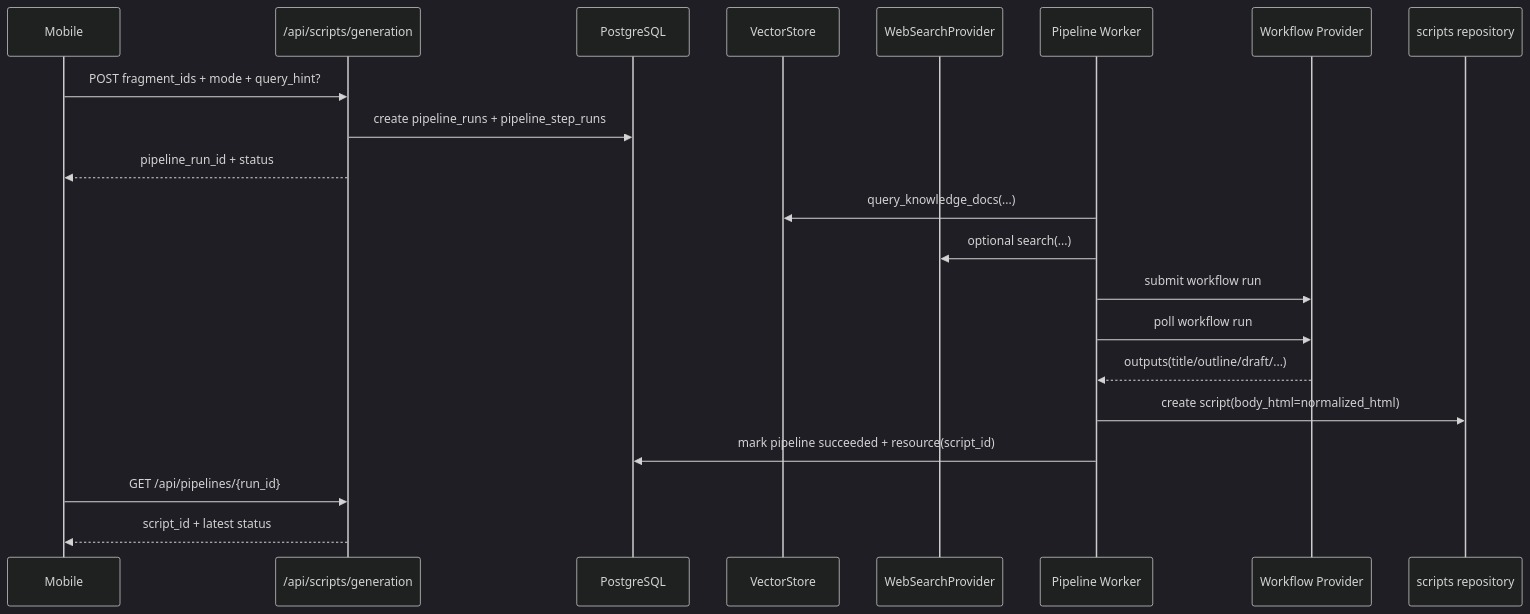
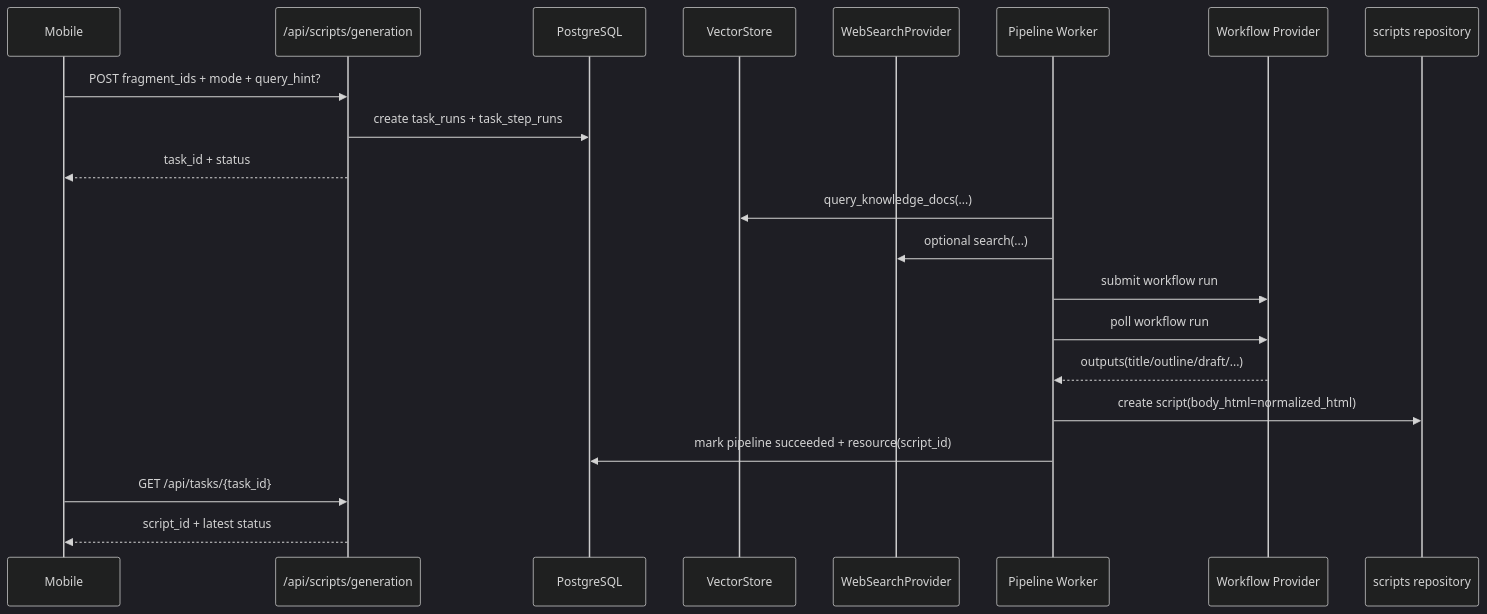
One commit to YCZA2/SparkFlow changed the seventh of 10 diagrams in memory-bank/architecture.md. Above: the diagram before and after it, drawn with Mermaid (dark theme). The commit also changed other lines of this file and 68 other files, not shown here.

First line of the commit message:
refactor: 将 pipeline 重命名为 task，保留兼容层

````diff
--- a/memory-bank/architecture.md
+++ b/memory-bank/architecture.md
@@ -512,24 +514,24 @@
 ```mermaid
 sequenceDiagram
     participant App as Mobile
     participant API as /api/scripts/generation
     participant DB as PostgreSQL
     participant VDB as VectorStore
     participant WEB as WebSearchProvider
     participant PIPE as Pipeline Worker
     participant WFP as Workflow Provider
     participant SCRIPT as scripts repository
 
     App->>API: POST fragment_ids + mode + query_hint?
-    API->>DB: create pipeline_runs + pipeline_step_runs
-    API-->>App: pipeline_run_id + status
+    API->>DB: create task_runs + task_step_runs
+    API-->>App: task_id + status
     PIPE->>VDB: query_knowledge_docs(...)
     PIPE->>WEB: optional search(...)
     PIPE->>WFP: submit workflow run
     PIPE->>WFP: poll workflow run
     WFP-->>PIPE: outputs(title/outline/draft/...)
     PIPE->>SCRIPT: create script(body_html=normalized_html)
     PIPE->>DB: mark pipeline succeeded + resource(script_id)
-    App->>API: GET /api/pipelines/{run_id}
+    App->>API: GET /api/tasks/{task_id}
     API-->>App: script_id + latest status
 ```
````
